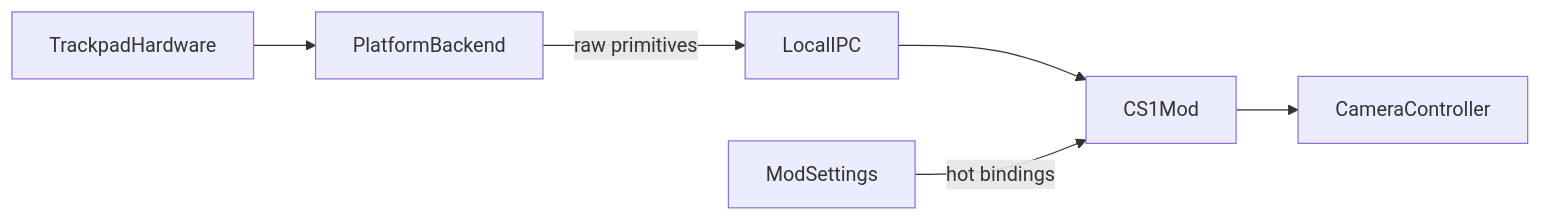
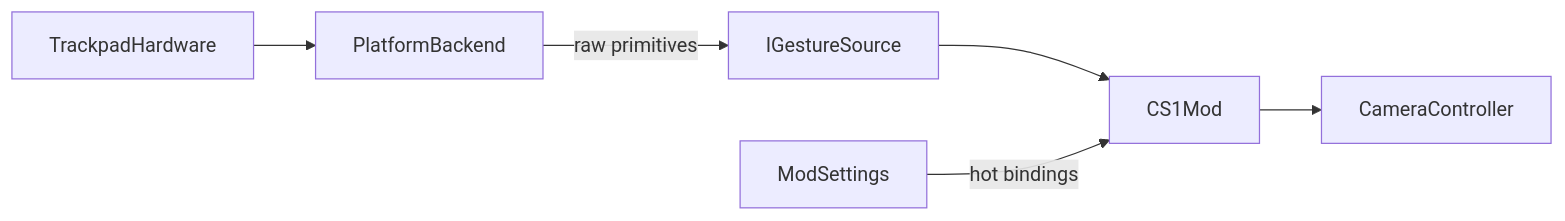
Before and after one commit to betsalel-williamson/CSL-TrackpadCameraControl: the diagram in docs/features/system-architecture.md, drawn with Mermaid. The commit also changed other lines of this file and 7 other files, not shown here.

````diff
--- a/docs/features/system-architecture.md
+++ b/docs/features/system-architecture.md
@@ -9,15 +9,15 @@
 ```mermaid
 flowchart LR
   trackpad[TrackpadHardware]
   backend[PlatformBackend]
-  ipc[LocalIPC]
+  source[IGestureSource]
   mod[CS1Mod]
   settings[ModSettings]
   cam[CameraController]
 
   trackpad --> backend
-  backend -->|"raw primitives"| ipc
-  ipc --> mod
+  backend -->|"raw primitives"| source
+  source --> mod
   settings -->|"hot bindings"| mod
   mod --> cam
 ```
````
